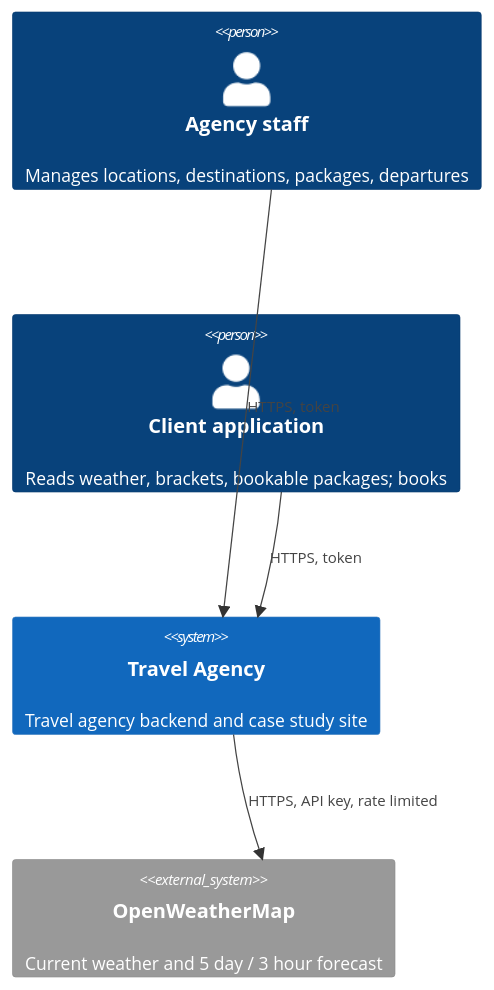
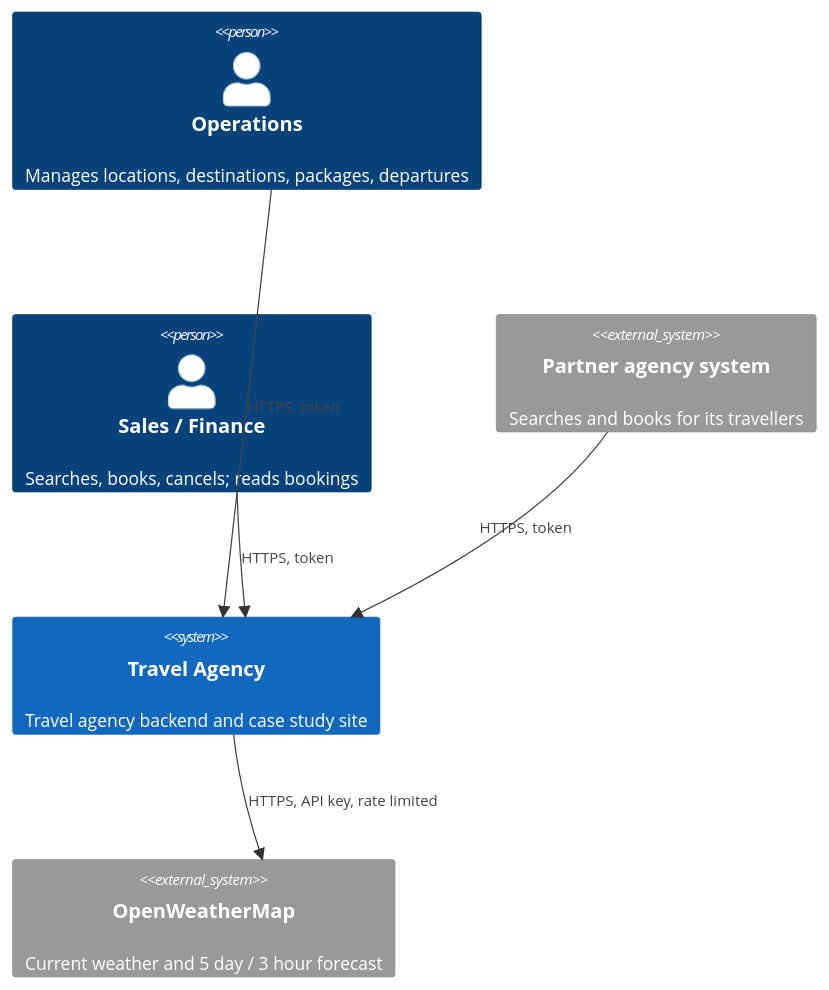
The first of 3 diagrams in docs/02-architecture.md (AlitalipSever/travel-agency), drawn with Mermaid before and after one commit. The commit also changed other lines of this file and 9 other files, not shown here.

````diff
--- a/docs/02-architecture.md
+++ b/docs/02-architecture.md
@@ -46,10 +49,12 @@
 ```mermaid
 C4Context
-  Person(staff, "Agency staff", "Manages locations, destinations, packages, departures")
-  Person(client, "Client application", "Reads weather, brackets, bookable packages; books")
+  Person(ops, "Operations", "Manages locations, destinations, packages, departures")
+  Person(sales, "Sales / Finance", "Searches, books, cancels; reads bookings")
+  System_Ext(partner, "Partner agency system", "Searches and books for its travellers")
   System(travel-agency, "Travel Agency", "Travel agency backend and case study site")
   System_Ext(owm, "OpenWeatherMap", "Current weather and 5 day / 3 hour forecast")
-  Rel(staff, travel-agency, "HTTPS, token")
-  Rel(client, travel-agency, "HTTPS, token")
+  Rel(ops, travel-agency, "HTTPS, token")
+  Rel(sales, travel-agency, "HTTPS, token")
+  Rel(partner, travel-agency, "HTTPS, token")
   Rel(travel-agency, owm, "HTTPS, API key, rate limited")
 ```
````
